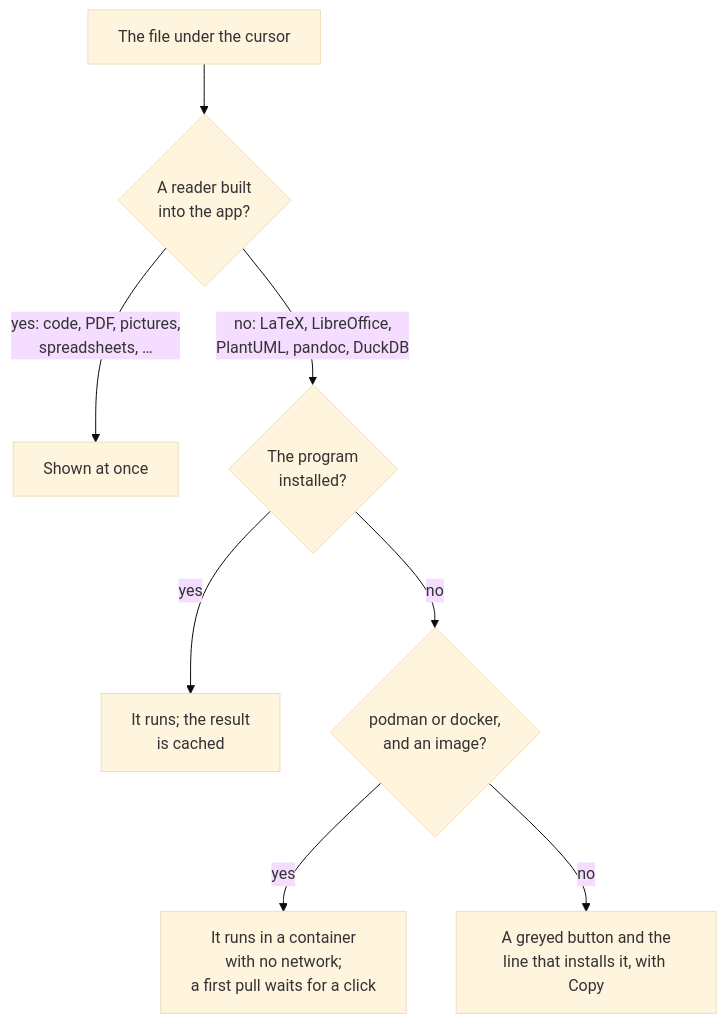
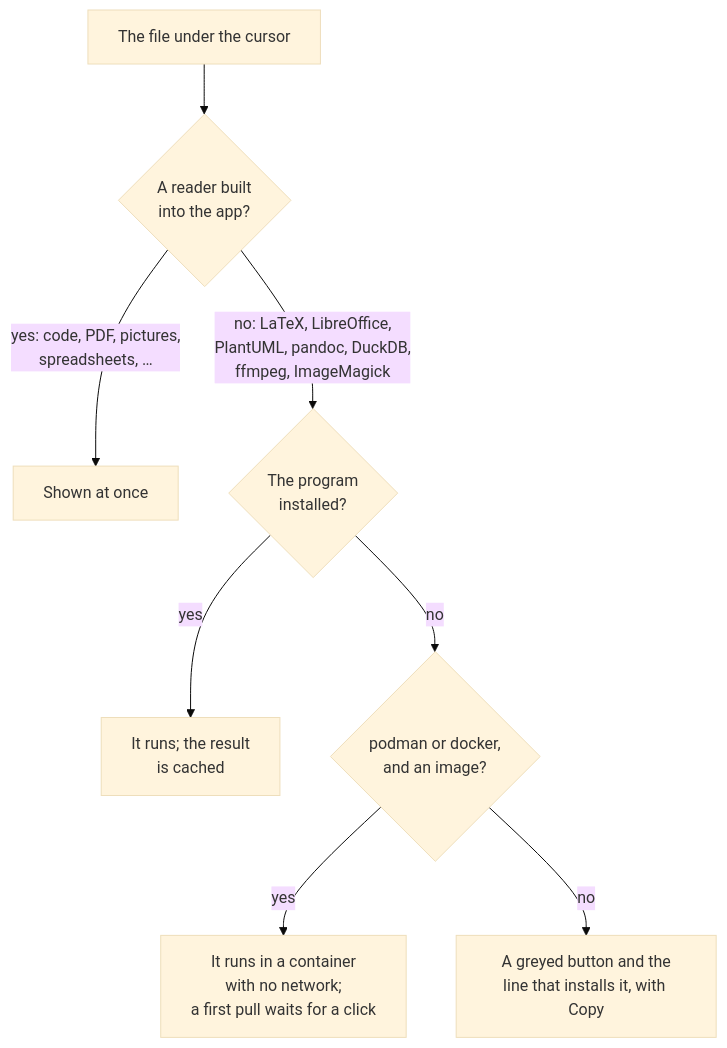
The diagram in docs/previews/README.md (mwo-dk/coxswain), drawn with Mermaid (base theme) before and after one commit. The commit also changed other lines of this file and 39 other files, not shown here.

Commit message:
Docs and F1 texts follow ffmpeg and ImageMagick everywhere they list tools, formats, facts and thumbnails

````diff
--- a/docs/previews/README.md
+++ b/docs/previews/README.md
@@ -24,10 +24,10 @@
 ```mermaid
 flowchart TD
   file[The file under the cursor] --> own{A reader built<br/>into the app?}
   own -->|yes: code, PDF, pictures,<br/>spreadsheets, …| shown[Shown at once]
-  own -->|no: LaTeX, LibreOffice,<br/>PlantUML, pandoc, DuckDB| tool{The program<br/>installed?}
+  own -->|no: LaTeX, LibreOffice,<br/>PlantUML, pandoc, DuckDB,<br/>ffmpeg, ImageMagick| tool{The program<br/>installed?}
   tool -->|yes| run[It runs; the result<br/>is cached]
   tool -->|no| box{podman or docker,<br/>and an image?}
   box -->|yes| cont[It runs in a container<br/>with no network;<br/>a first pull waits for a click]
   box -->|no| none[A greyed button and the<br/>line that installs it, with Copy]
 ```
````
